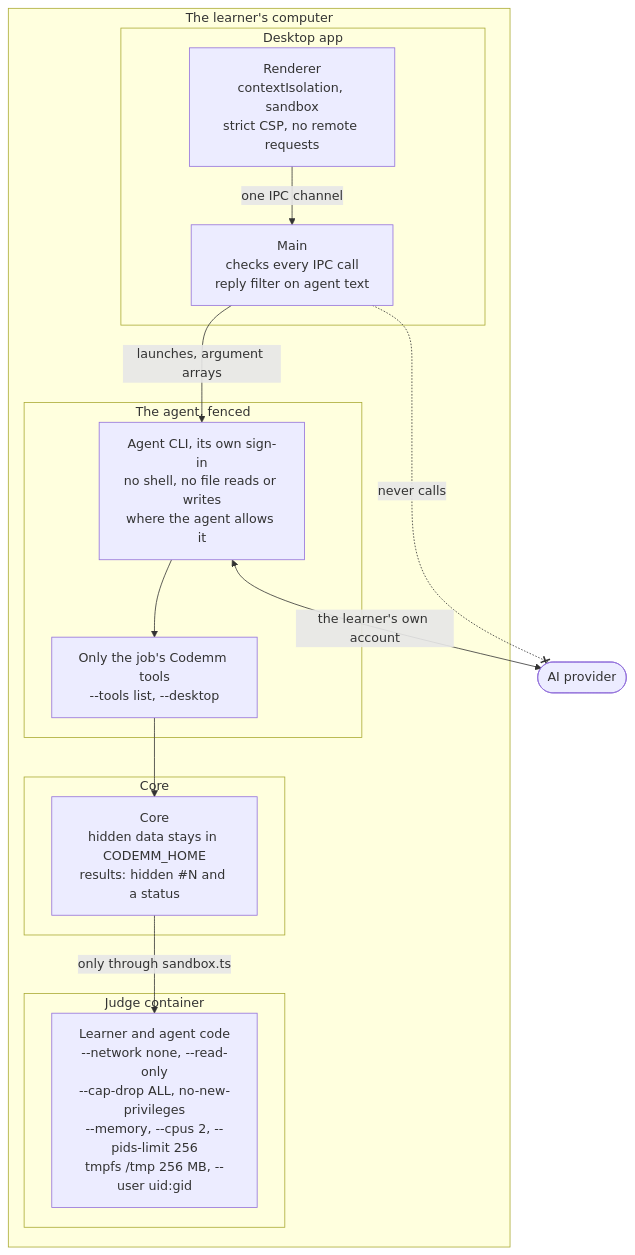
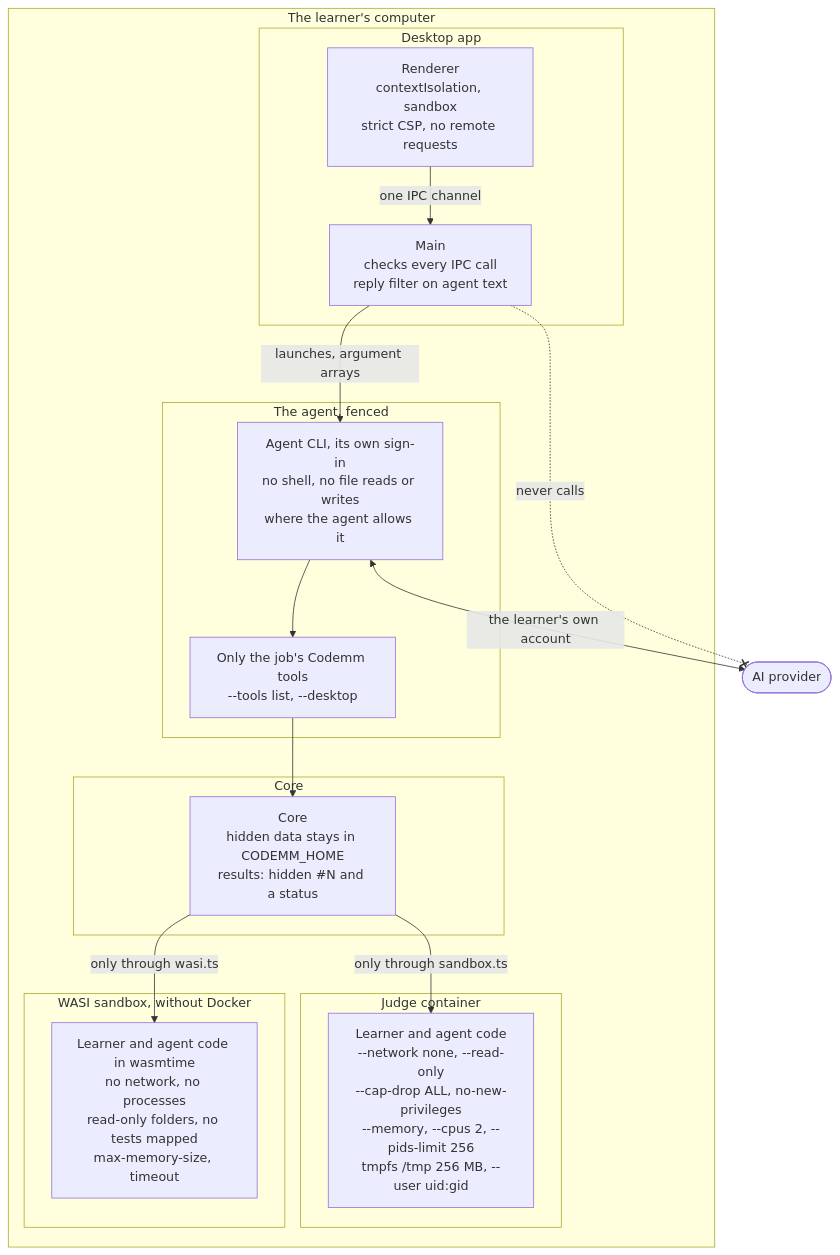
Before and after one commit to iignaite/Codemm: the eighth of 8 diagrams in docs/architecture.md, drawn with Mermaid. The commit also changed other lines of this file and 9 other files, not shown here.

First line of the commit message:
feat(core): tell the agent how to write wasi tracks (#259)

````diff
--- a/docs/architecture.md
+++ b/docs/architecture.md
@@ -705,27 +719,31 @@
 ```mermaid
 flowchart TB
   subgraph HOST["The learner's computer"]
     subgraph APPB["Desktop app"]
       REN["Renderer<br>contextIsolation, sandbox<br>strict CSP, no remote requests"]
       MAINB["Main<br>checks every IPC call<br>reply filter on agent text"]
     end
     subgraph AGENTB["The agent, fenced"]
       AG["Agent CLI, its own sign-in<br>no shell, no file reads or writes<br>where the agent allows it"]
       TOOLS["Only the job's Codemm tools<br>--tools list, --desktop"]
     end
     subgraph COREB["Core"]
       CORE2["Core<br>hidden data stays in CODEMM_HOME<br>results: hidden #N and a status"]
     end
     subgraph BOX["Judge container"]
       CODE["Learner and agent code<br>--network none, --read-only<br>--cap-drop ALL, no-new-privileges<br>--memory, --cpus 2, --pids-limit 256<br>tmpfs /tmp 256 MB, --user uid:gid"]
     end
+    subgraph WBOX["WASI sandbox, without Docker"]
+      WCODE["Learner and agent code in wasmtime<br>no network, no processes<br>read-only folders, no tests mapped<br>max-memory-size, timeout"]
+    end
   end
   AI2(["AI provider"])
 
   REN -- "one IPC channel" --> MAINB
   MAINB -- "launches, argument arrays" --> AG
   AG --> TOOLS --> CORE2
   CORE2 -- "only through sandbox.ts" --> CODE
+  CORE2 -- "only through wasi.ts" --> WCODE
   AG <-- "the learner's own account" --> AI2
   MAINB -. "never calls" .-x AI2
 ```
````
